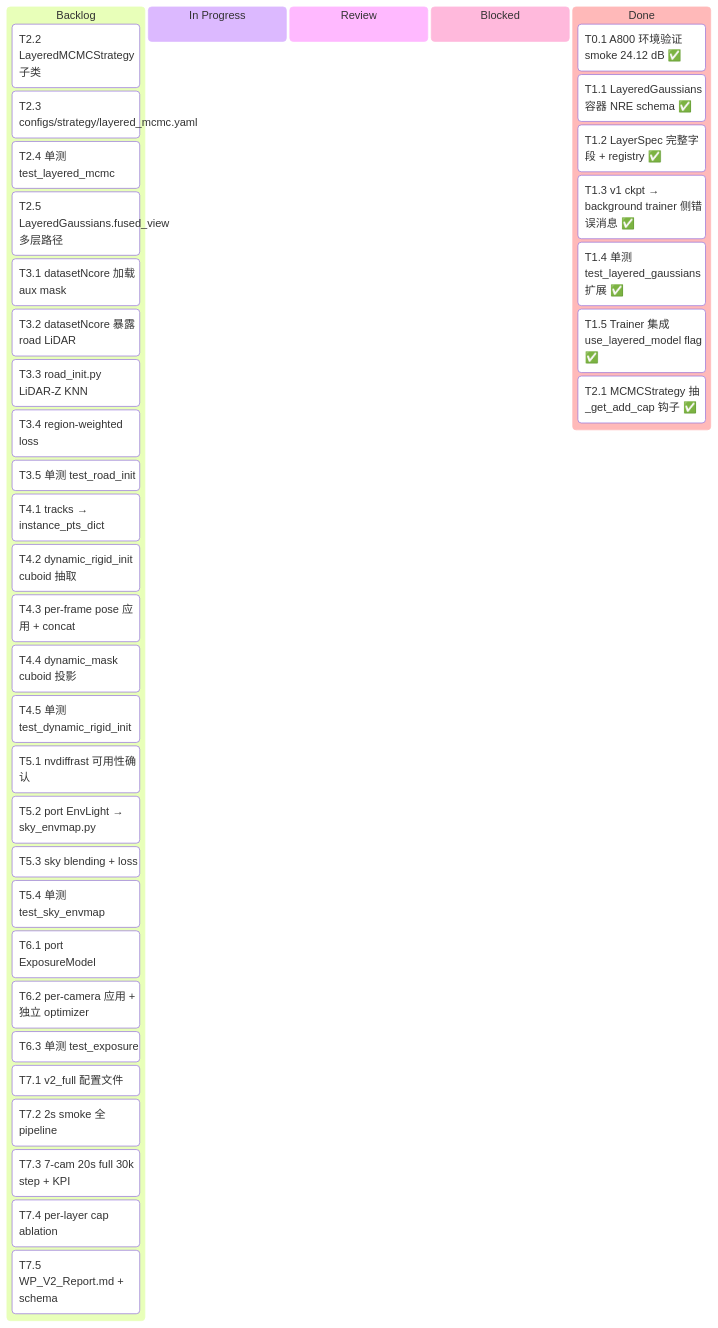
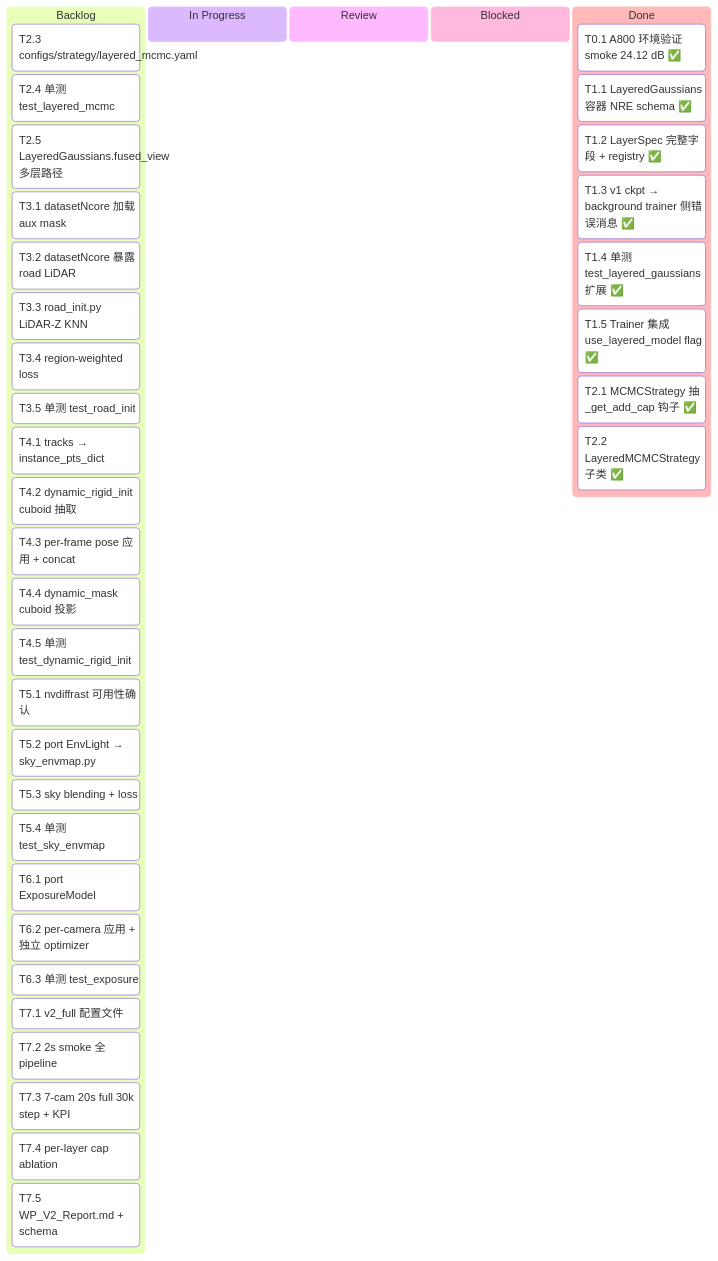
Before and after one commit to etendue/3dgrut: the first of 3 diagrams in v2_plan.md, drawn with Mermaid. The commit also changed other lines of this file and 1 other file, not shown here.

````diff
--- a/v2_plan.md
+++ b/v2_plan.md
@@ -39,41 +39,41 @@
 ```mermaid
 kanban
   Backlog
-    [T2.2 LayeredMCMCStrategy 子类]
     [T2.3 configs/strategy/layered_mcmc.yaml]
     [T2.4 单测 test_layered_mcmc]
     [T2.5 LayeredGaussians.fused_view 多层路径]
     [T3.1 datasetNcore 加载 aux mask]
     [T3.2 datasetNcore 暴露 road LiDAR]
     [T3.3 road_init.py LiDAR-Z KNN]
     [T3.4 region-weighted loss]
     [T3.5 单测 test_road_init]
     [T4.1 tracks → instance_pts_dict]
     [T4.2 dynamic_rigid_init cuboid 抽取]
     [T4.3 per-frame pose 应用 + concat]
     [T4.4 dynamic_mask cuboid 投影]
     [T4.5 单测 test_dynamic_rigid_init]
     [T5.1 nvdiffrast 可用性确认]
     [T5.2 port EnvLight → sky_envmap.py]
     [T5.3 sky blending + loss]
     [T5.4 单测 test_sky_envmap]
     [T6.1 port ExposureModel]
     [T6.2 per-camera 应用 + 独立 optimizer]
     [T6.3 单测 test_exposure]
     [T7.1 v2_full 配置文件]
     [T7.2 2s smoke 全 pipeline]
     [T7.3 7-cam 20s full 30k step + KPI]
     [T7.4 per-layer cap ablation]
     [T7.5 WP_V2_Report.md + schema]
   In Progress
   Review
   Blocked
   Done
     [T0.1 A800 环境验证 smoke 24.12 dB ✅]
     [T1.1 LayeredGaussians 容器 NRE schema ✅]
     [T1.2 LayerSpec 完整字段 + registry ✅]
     [T1.3 v1 ckpt → background trainer 侧错误消息 ✅]
     [T1.4 单测 test_layered_gaussians 扩展 ✅]
     [T1.5 Trainer 集成 use_layered_model flag ✅]
     [T2.1 MCMCStrategy 抽 _get_add_cap 钩子 ✅]
+    [T2.2 LayeredMCMCStrategy 子类 ✅]
 ```
````
